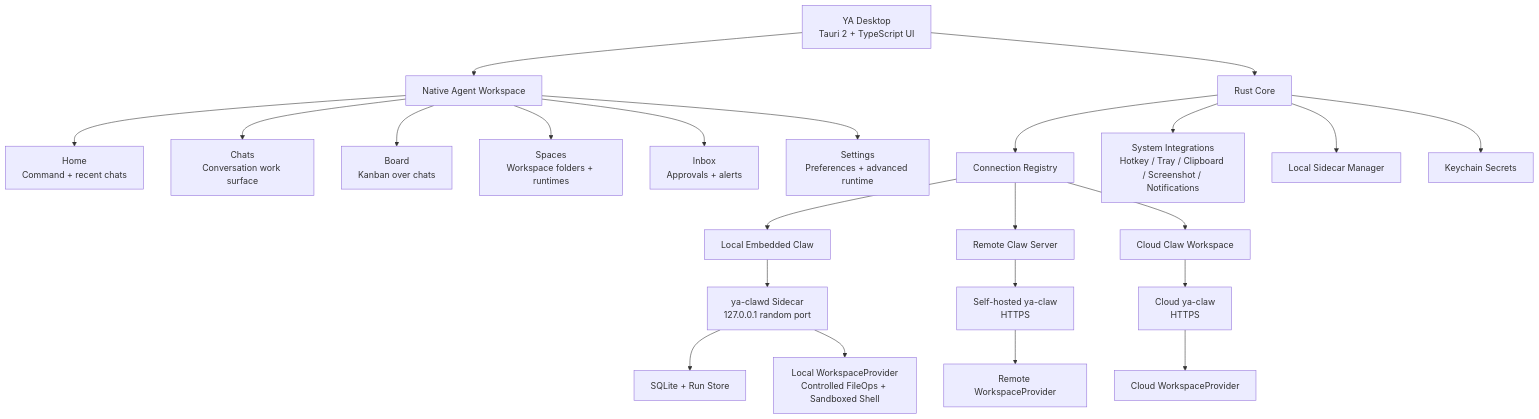
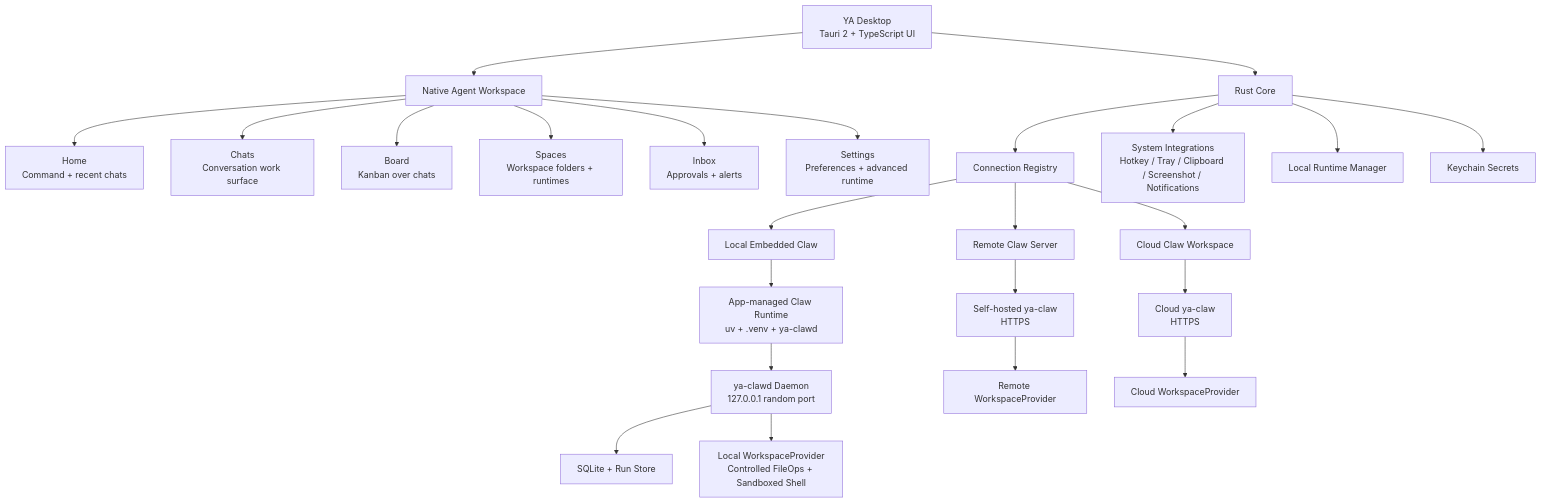
The first of 2 diagrams in apps/ya-desktop/spec/00-overview.md (Alexsu26/ya-mono), drawn with Mermaid before and after one commit. The commit also changed other lines of this file and 25 other files, not shown here.

First line of the commit message:
feat(desktop): add runtime manager updates (#206)

````diff
--- a/apps/ya-desktop/spec/00-overview.md
+++ b/apps/ya-desktop/spec/00-overview.md
@@ -23,31 +23,32 @@
 ```mermaid
 flowchart TB
     Desktop[YA Desktop<br/>Tauri 2 + TypeScript UI] --> Product[Native Agent Workspace]
     Desktop --> RustCore[Rust Core]
 
     Product --> Home[Home<br/>Command + recent chats]
     Product --> Chats[Chats<br/>Conversation work surface]
     Product --> Board[Board<br/>Kanban over chats]
     Product --> Spaces[Spaces<br/>Workspace folders + runtimes]
     Product --> Inbox[Inbox<br/>Approvals + alerts]
     Product --> Settings[Settings<br/>Preferences + advanced runtime]
 
     RustCore --> Registry[Connection Registry]
     RustCore --> System[System Integrations<br/>Hotkey / Tray / Clipboard / Screenshot / Notifications]
-    RustCore --> SidecarManager[Local Sidecar Manager]
+    RustCore --> RuntimeManager[Local Runtime Manager]
     RustCore --> Keychain[Keychain Secrets]
 
     Registry --> LocalConn[Local Embedded Claw]
     Registry --> RemoteConn[Remote Claw Server]
     Registry --> CloudConn[Cloud Claw Workspace]
 
-    LocalConn --> Sidecar[ya-clawd Sidecar<br/>127.0.0.1 random port]
-    Sidecar --> LocalStore[SQLite + Run Store]
-    Sidecar --> LocalWorkspace[Local WorkspaceProvider<br/>Controlled FileOps + Sandboxed Shell]
+    LocalConn --> Runtime[App-managed Claw Runtime<br/>uv + .venv + ya-clawd]
+    Runtime --> LocalDaemon[ya-clawd Daemon<br/>127.0.0.1 random port]
+    LocalDaemon --> LocalStore[SQLite + Run Store]
+    LocalDaemon --> LocalWorkspace[Local WorkspaceProvider<br/>Controlled FileOps + Sandboxed Shell]
 
     RemoteConn --> RemoteClaw[Self-hosted ya-claw<br/>HTTPS]
     CloudConn --> CloudClaw[Cloud ya-claw<br/>HTTPS]
 
     RemoteClaw --> RemoteWorkspace[Remote WorkspaceProvider]
     CloudClaw --> CloudWorkspace[Cloud WorkspaceProvider]
 ```
````
